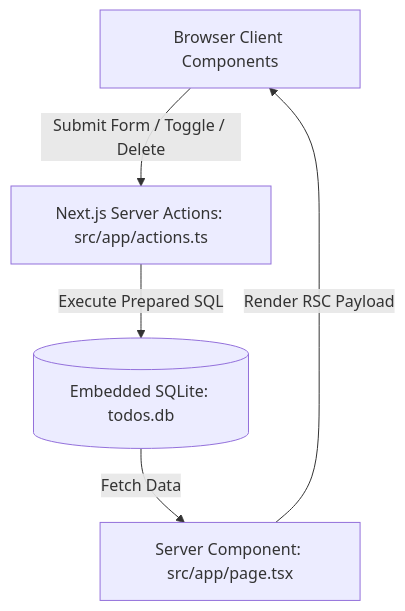
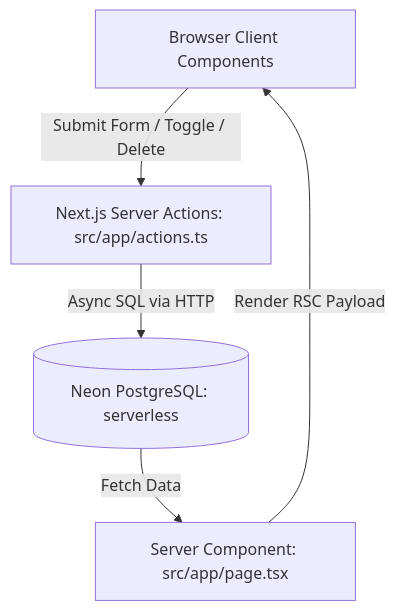
Before and after one commit to pradeepvk77/todo: the diagram in PROJECT.md, drawn with Mermaid. The commit also changed other lines of this file and 10 other files, not shown here.

Commit message:
feat: migrate from SQLite to Neon PostgreSQL and update related components

````diff
--- a/PROJECT.md
+++ b/PROJECT.md
@@ -15,7 +15,7 @@
 ```mermaid
 graph TD
     Client[Browser Client Components] -->|Submit Form / Toggle / Delete| ServerActions[Next.js Server Actions: src/app/actions.ts]
-    ServerActions -->|Execute Prepared SQL| SQLiteDB[(Embedded SQLite: todos.db)]
-    SQLiteDB -->|Fetch Data| ServerComp[Server Component: src/app/page.tsx]
+    ServerActions -->|Async SQL via HTTP| NeонDB[(Neon PostgreSQL: serverless)]
+    NeонDB -->|Fetch Data| ServerComp[Server Component: src/app/page.tsx]
     ServerComp -->|Render RSC Payload| Client
 ```
````
